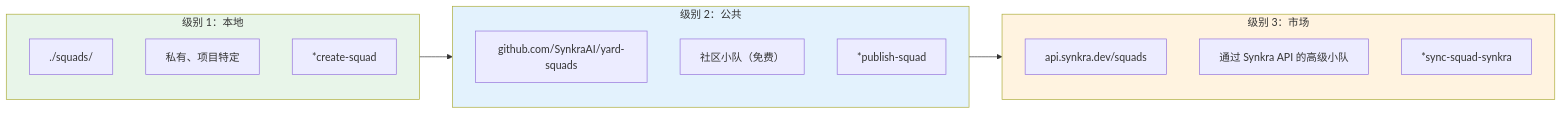
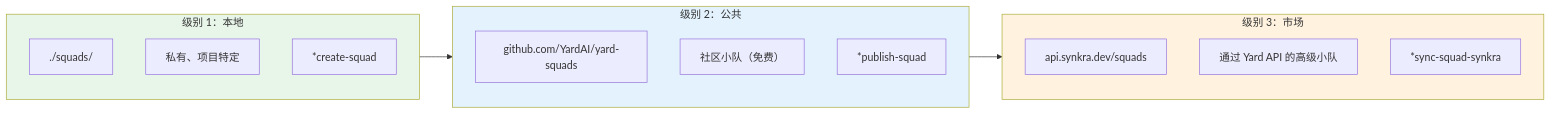
Before and after one commit to ernesto-langa/yard-core: the sixth of 6 diagrams in docs/zh/aiox-agent-flows/squad-creator-system.md, drawn with Mermaid. The commit also changed other lines of this file and 308 other files, not shown here.

````diff
--- a/docs/zh/aiox-agent-flows/squad-creator-system.md
+++ b/docs/zh/aiox-agent-flows/squad-creator-system.md
@@ -564,27 +564,27 @@
 ```mermaid
 flowchart LR
     subgraph LOCAL["级别 1：本地"]
         L_PATH["./squads/"]
         L_DESC["私有、项目特定"]
         L_CMD["*create-squad"]
     end
 
     subgraph PUBLIC["级别 2：公共"]
-        P_REPO["github.com/SynkraAI/yard-squads"]
+        P_REPO["github.com/YardAI/yard-squads"]
         P_DESC["社区小队（免费）"]
         P_CMD["*publish-squad"]
     end
 
     subgraph MARKET["级别 3：市场"]
         M_API["api.synkra.dev/squads"]
-        M_DESC["通过 Synkra API 的高级小队"]
+        M_DESC["通过 Yard API 的高级小队"]
         M_CMD["*sync-squad-synkra"]
     end
 
     LOCAL --> PUBLIC
     PUBLIC --> MARKET
 
     style LOCAL fill:#e8f5e9
     style PUBLIC fill:#e3f2fd
     style MARKET fill:#fff3e0
 ```
````
